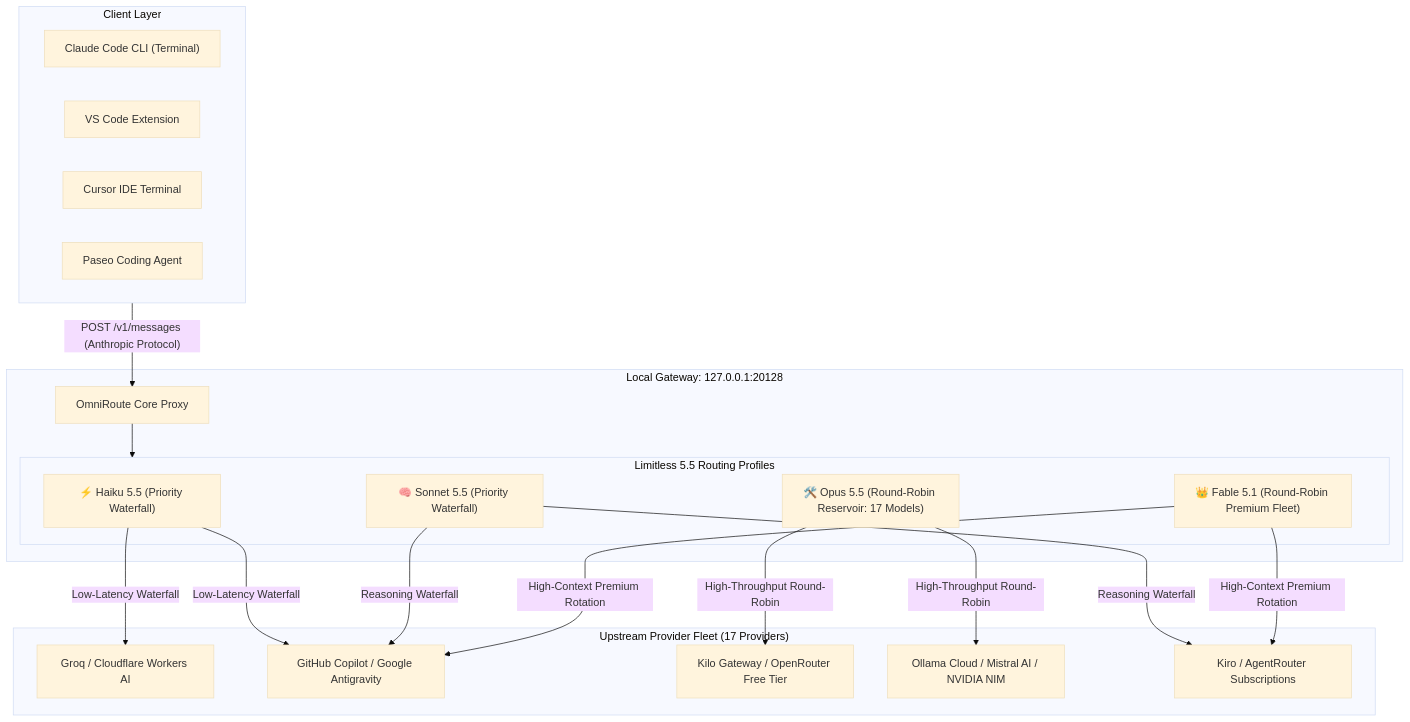
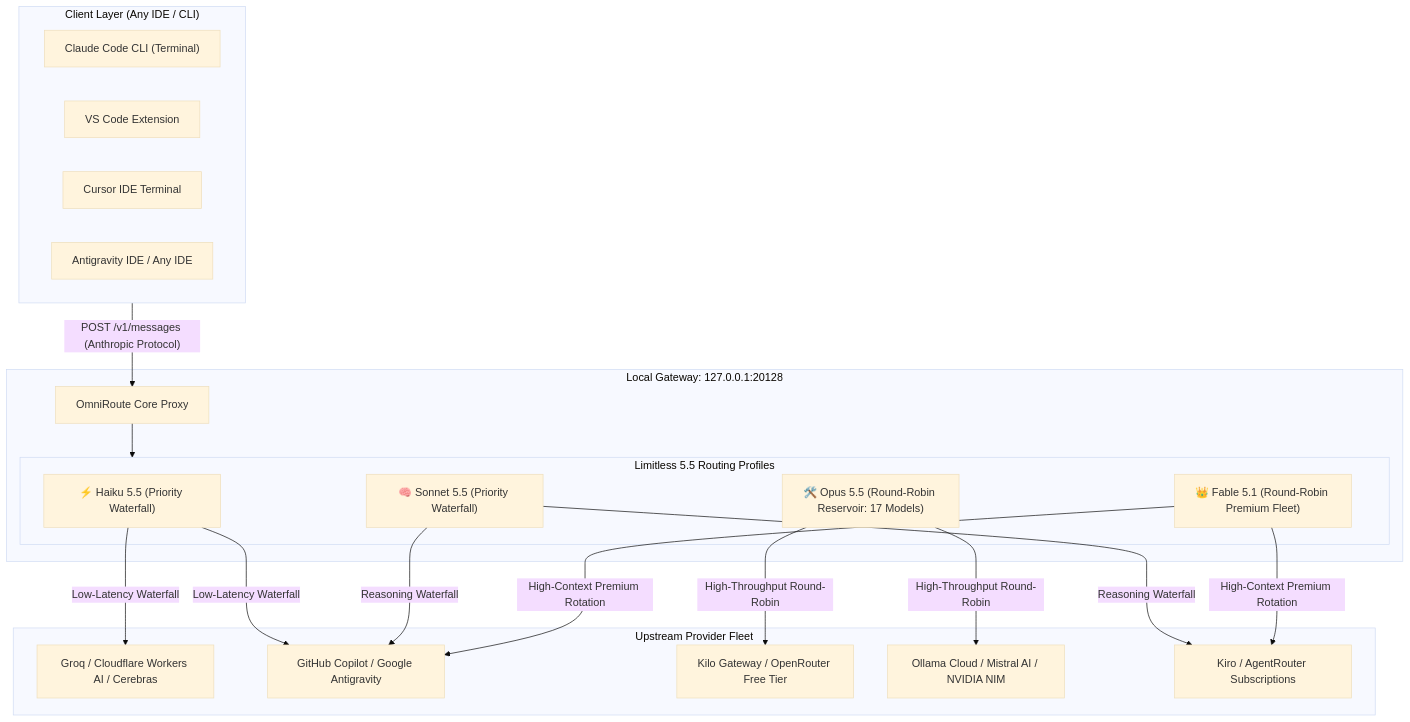
Before and after one commit to mahik504/limitless-claude: the first of 2 diagrams in README.md, drawn with Mermaid (base theme). The commit also changed other lines of this file and 1 other file, not shown here.

Commit message:
feat: release v5.5.0 - exact ranked combos, clean 5-model UI, self-healing installer, and IDE workflow docs

````diff
--- a/README.md
+++ b/README.md
@@ -31,34 +34,34 @@
 ```mermaid
 flowchart TD
-    subgraph Clients ["Client Layer"]
+    subgraph Clients ["Client Layer (Any IDE / CLI)"]
         CC["Claude Code CLI (Terminal)"]
         VS["VS Code Extension"]
         CR["Cursor IDE Terminal"]
-        PS["Paseo Coding Agent"]
+        AG["Antigravity IDE / Any IDE"]
     end
 
     subgraph Gateway ["Local Gateway: 127.0.0.1:20128"]
         OR["OmniRoute Core Proxy"]
         subgraph Tiers ["Limitless 5.5 Routing Profiles"]
             H["⚡ Haiku 5.5 (Priority Waterfall)"]
             S["🧠 Sonnet 5.5 (Priority Waterfall)"]
             O["🛠️ Opus 5.5 (Round-Robin Reservoir: 17 Models)"]
             F["👑 Fable 5.1 (Round-Robin Premium Fleet)"]
         end
     end
 
-    subgraph Providers ["Upstream Provider Fleet (17 Providers)"]
-        P1["Groq / Cloudflare Workers AI"]
+    subgraph Providers ["Upstream Provider Fleet"]
+        P1["Groq / Cloudflare Workers AI / Cerebras"]
         P2["GitHub Copilot / Google Antigravity"]
         P3["Kilo Gateway / OpenRouter Free Tier"]
         P4["Ollama Cloud / Mistral AI / NVIDIA NIM"]
         P5["Kiro / AgentRouter Subscriptions"]
     end
 
     Clients -->|"POST /v1/messages (Anthropic Protocol)"| OR
     OR --> Tiers
     H -->|"Low-Latency Waterfall"| P1 & P2
     S -->|"Reasoning Waterfall"| P2 & P5
     O -->|"High-Throughput Round-Robin"| P3 & P4
     F -->|"High-Context Premium Rotation"| P2 & P5
 ```
````
